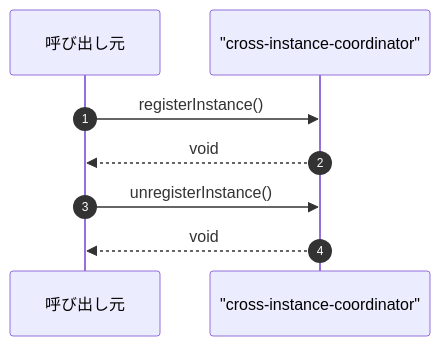
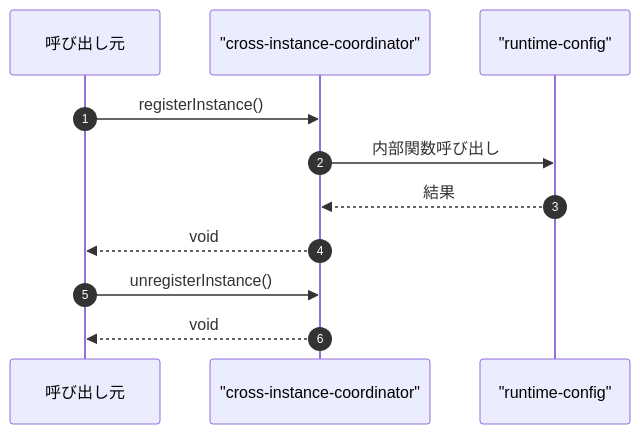
One commit to Mekann2904/mekann changed the fourth of 4 diagrams in ABDD/.pi/lib/cross-instance-coordinator.md. Above: the diagram before and after it, drawn with Mermaid. The commit also changed other lines of this file and 136 other files, not shown here.

````diff
--- a/ABDD/.pi/lib/cross-instance-coordinator.md
+++ b/ABDD/.pi/lib/cross-instance-coordinator.md
@@ -165,12 +179,15 @@
 ```mermaid
 sequenceDiagram
   autonumber
   participant Caller as 呼び出し元
   participant cross_instance_coordinator as "cross-instance-coordinator"
+  participant runtime_config as "runtime-config"
 
   Caller->>cross_instance_coordinator: registerInstance()
+  cross_instance_coordinator->>runtime_config: 内部関数呼び出し
+  runtime_config-->>cross_instance_coordinator: 結果
   cross_instance_coordinator-->>Caller: void
 
   Caller->>cross_instance_coordinator: unregisterInstance()
   cross_instance_coordinator-->>Caller: void
 ```
````
